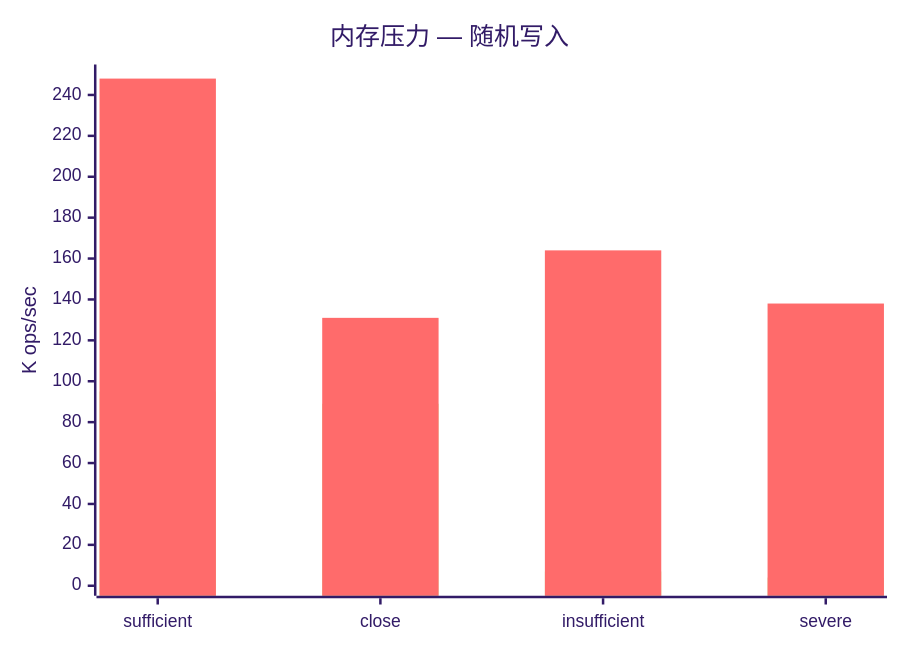
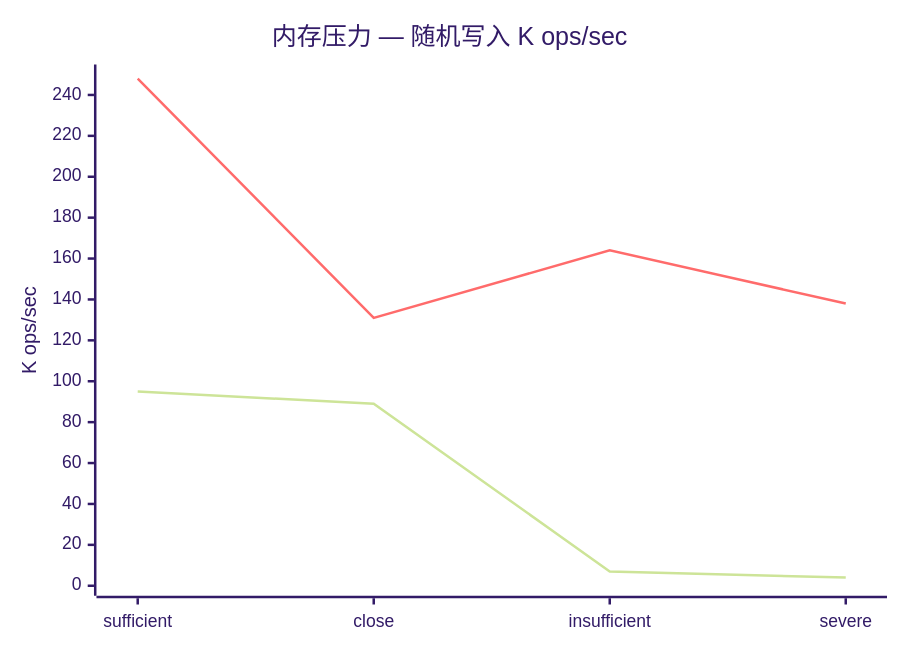
Before and after one commit to bangbang93/playground.js: the eighth of 16 diagrams in packages/db-bench/README.md, drawn with Mermaid (forest theme). The commit also changed other lines of this file, not shown here.

First line of the commit message:
docs(db-bench): replace stacked bars with ratio lines in Mermaid charts

````diff
--- a/packages/db-bench/README.md
+++ b/packages/db-bench/README.md
@@ -282,8 +294,8 @@
 ```mermaid
 xychart-beta
-    title "内存压力 — 随机写入"
+    title "内存压力 — 随机写入 K ops/sec"
     x-axis ["sufficient", "close", "insufficient", "severe"]
     y-axis "K ops/sec" 0 --> 250
-    bar [95, 89, 7, 4]
-    bar [248, 131, 164, 138]
+    line [95, 89, 7, 4]
+    line [248, 131, 164, 138]
 ```
````
